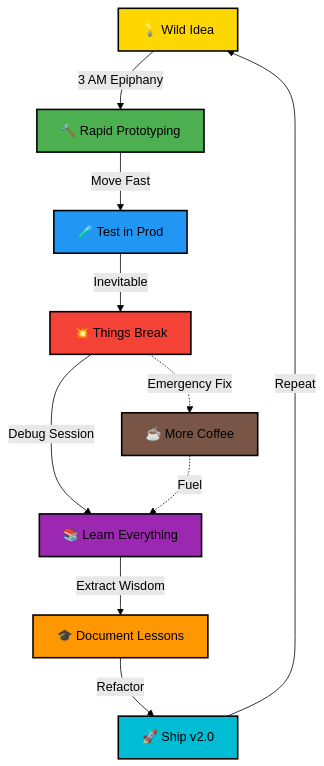
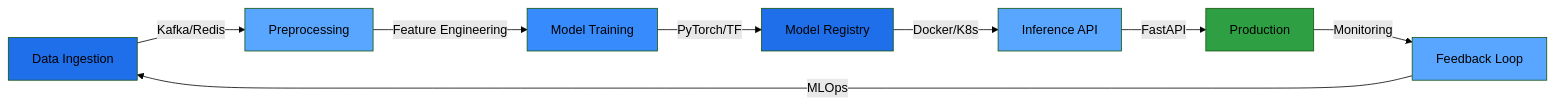
The diagram in README.md (parthparmar07/parthparmar07), drawn with Mermaid (forest theme) before and after one commit. The commit also changed other lines of this file, not shown here.

````diff
--- a/README.md
+++ b/README.md
@@ -287,22 +301,18 @@
 ```mermaid
-graph TB
-    A[💡 Wild Idea] -->|3 AM Epiphany| B[🔨 Rapid Prototyping]
-    B -->|Move Fast| C[🧪 Test in Prod]
-    C -->|Inevitable| D[💥 Things Break]
-    D -->|Debug Session| E[📚 Learn Everything]
-    E -->|Extract Wisdom| F[🎓 Document Lessons]
-    F -->|Refactor| G[🚀 Ship v2.0]
-    G -->|Repeat| A
+graph LR
+    A[Data Ingestion] -->|Kafka/Redis| B[Preprocessing]
+    B -->|Feature Engineering| C[Model Training]
+    C -->|PyTorch/TF| D[Model Registry]
+    D -->|Docker/K8s| E[Inference API]
+    E -->|FastAPI| F[Production]
+    F -->|Monitoring| G[Feedback Loop]
+    G -->|MLOps| A
     
-    D -.->|Emergency Fix| H[☕ More Coffee]
-    H -.->|Fuel| E
-    
-    style A fill:#ffd700,stroke:#000,stroke-width:2px,color:#000
-    style B fill:#4CAF50,stroke:#000,stroke-width:2px
-    style C fill:#2196F3,stroke:#000,stroke-width:2px
-    style D fill:#f44336,stroke:#000,stroke-width:2px
-    style E fill:#9C27B0,stroke:#000,stroke-width:2px
-    style F fill:#FF9800,stroke:#000,stroke-width:2px
-    style G fill:#00BCD4,stroke:#000,stroke-width:2px
-    style H fill:#795548,stroke:#000,stroke-width:2px
+    style A fill:#1f6feb
+    style B fill:#58a6ff
+    style C fill:#388bfd
+    style D fill:#1f6feb
+    style E fill:#58a6ff
+    style F fill:#2ea043
+    style G fill:#58a6ff
 ```
````
